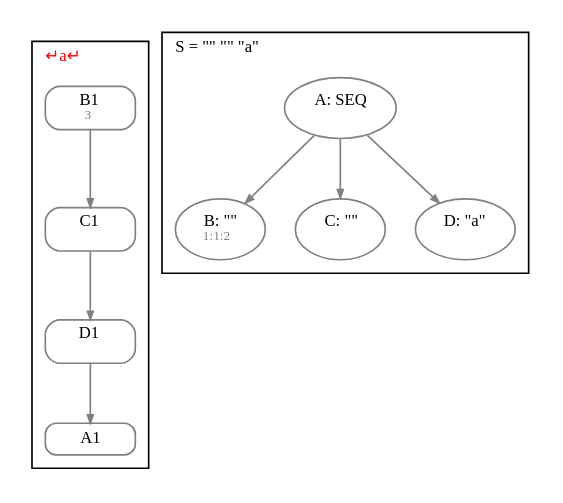
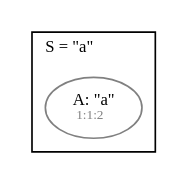
The diagram in diagram.gv (JanWillemBrands/AoC2021), drawn with Graphviz before and after one commit. The commit also changed 7 other files, not shown here.

```diff
--- a/diagram.gv
+++ b/diagram.gv
@@ -1,33 +1,21 @@
 digraph G {
   fontname = Menlo
   fontsize = 10
       node [fontname = Menlo, fontsize = 10, color = gray]
       edge [fontname = Menlo, fontsize = 10, color = gray, arrowsize = 0.5]
 
   graph [ordering = out]
   subgraph GSS {
     cluster = true
-    label = <↵a↵> fontcolor = red
+    label = <↵a↵> fontcolor = green
     labeljust = l
     node [shape = box, style = rounded, height = 0]
-    D1 [label = <D1<br/><font color="gray" point-size="8.0"> </font>>]
-    D1 -> A1
-    C1 [label = <C1<br/><font color="gray" point-size="8.0"> </font>>]
-    C1 -> D1
-    B1 [label = <B1<br/><font color="gray" point-size="8.0"> 3</font>>]
-    B1 -> C1
   }
   subgraph S {
     cluster = true
-    label = <S = "" "" "a">
+    label = <S = "a">
     labeljust = l
     node [shape = ellipse, height = 0]
-    A [label = <A: SEQ<br/><font color="gray" point-size="8.0"> </font>>]
-    A -> B
-    B [label = <B: ""<br/><font color="gray" point-size="8.0"> 1:1:2</font>>]
-    A -> C
-    C [label = <C: ""<br/><font color="gray" point-size="8.0"> </font>>]
-    A -> D
-    D [label = <D: "a"<br/><font color="gray" point-size="8.0"> </font>>]
+    A [label = <A: "a"<br/><font color="gray" point-size="8.0"> 1:1:2</font>>]
   }
 }
```
